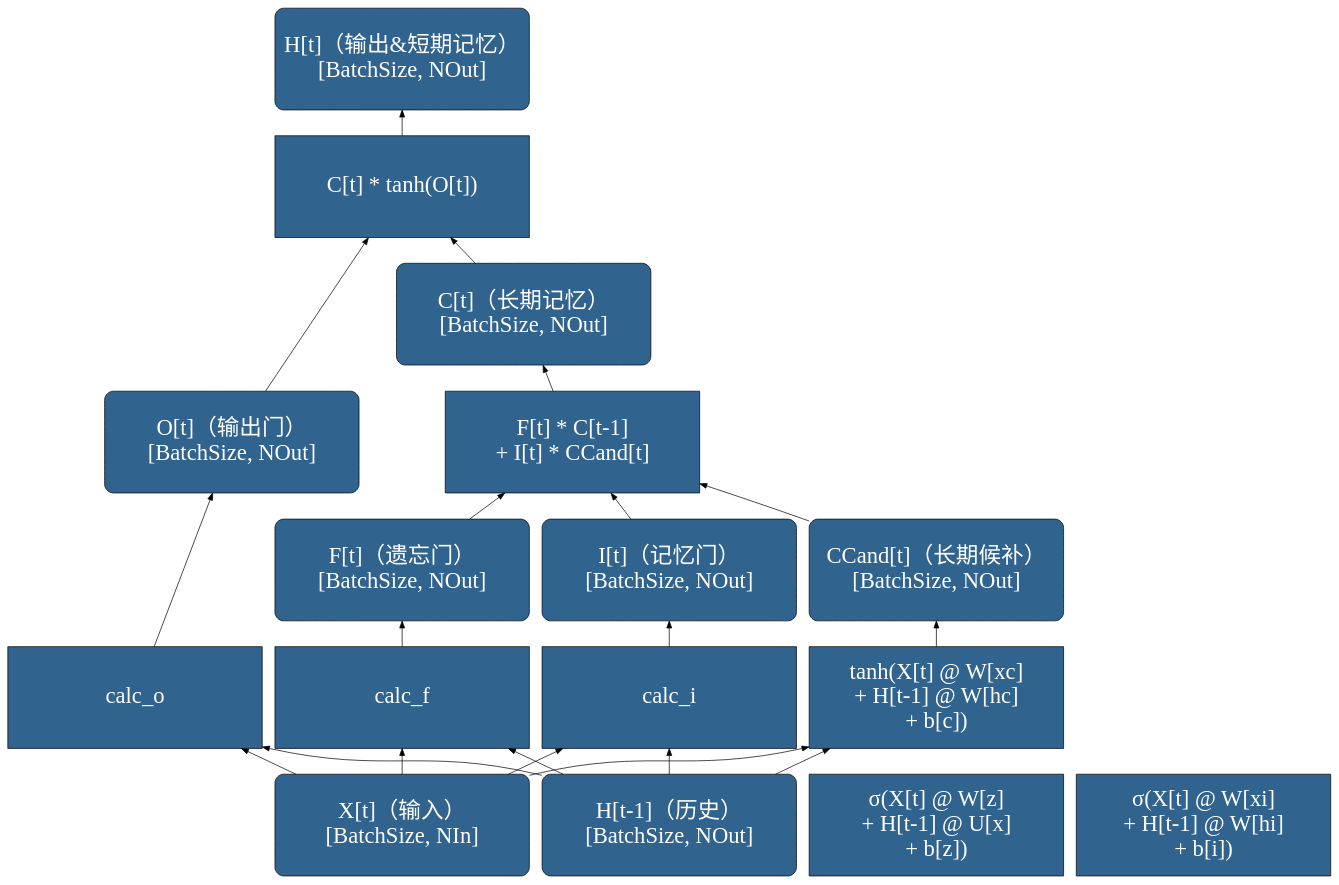
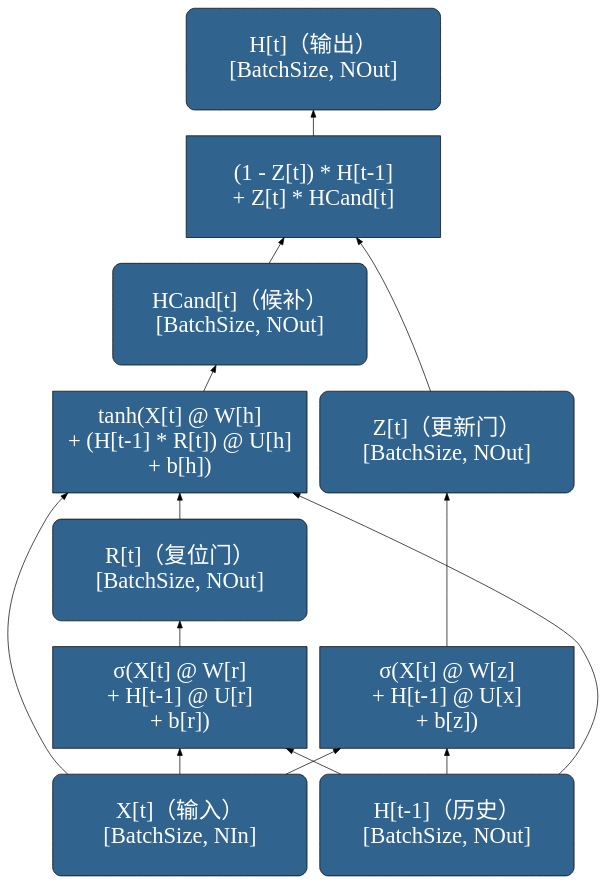
One commit to OpenDocCN/python-code-anls changed the diagram in docs/basic_dl_arch/5_5_gru_cell.dot. Above: the diagram before and after it, drawn with Graphviz.

Commit message:
2024-02-27 16:59:48

```diff
--- a/docs/basic_dl_arch/5_5_gru_cell.dot
+++ b/docs/basic_dl_arch/5_5_gru_cell.dot
@@ -1,53 +1,41 @@
 digraph LSTMCell {
 	rankdir=BT
     node [
 		style=filled, 
 		color=Black
 		fontcolor=White, 
 		fillcolor="#30638e", 
 		fontname="SimHei",
 		fontsize=32,
 		width=5, height=2,
 		shape="box",
 	]
 
     x [label="X[t]（输入）\n[BatchSize, NIn]", shape="Mrecord"]
     his_h [label="H[t-1]（历史）\n[BatchSize, NOut]", shape="Mrecord"]
     
     calc_z [label="σ(X[t] @ W[z]\n + H[t-1] @ U[x]\n + b[z])"]
-    calc_r [label="σ(X[t] @ W[xi]\n + H[t-1] @ W[hi]\n + b[i])"]
-    calc_c_cand [label="tanh(X[t] @ W[xc]\n + H[t-1] @ W[hc]\n + b[c])"]
+    calc_r [label="σ(X[t] @ W[r]\n + H[t-1] @ U[r]\n + b[r])"]
+    calc_h_cand [label="tanh(X[t] @ W[h]\n + (H[t-1] * R[t]) @ U[h]\n + b[h])"]
     
-    f   [label="F[t]（遗忘门）\n[BatchSize, NOut]", shape="Mrecord"]
-    i   [label="I[t]（记忆门）\n[BatchSize, NOut]", shape="Mrecord"]
-    c_cand   [label="CCand[t]（长期候补）\n[BatchSize, NOut]", shape="Mrecord"]
-    o   [label="O[t]（输出门）\n[BatchSize, NOut]", shape="Mrecord"]
+    z   [label="Z[t]（更新门）\n[BatchSize, NOut]", shape="Mrecord"]
+    r   [label="R[t]（复位门）\n[BatchSize, NOut]", shape="Mrecord"]
+    h_cand   [label="HCand[t]（候补）\n[BatchSize, NOut]", shape="Mrecord"]
 
-    calc_c [label="F[t] * C[t-1]\n + I[t] * CCand[t]"]
-    calc_h [label="C[t] * tanh(O[t])"]
+    calc_h [label="(1 - Z[t]) * H[t-1]\n + Z[t] * HCand[t]"]
 
-    h [label="H[t]（输出&短期记忆）\n[BatchSize, NOut]", shape="Mrecord"]
-    c [label="C[t]（长期记忆）\n[BatchSize, NOut]", shape="Mrecord"]
+    h [label="H[t]（输出）\n[BatchSize, NOut]", shape="Mrecord"]
 
-    x -> calc_f
-    x -> calc_i
-    x -> calc_c_cand
-    x -> calc_o
+    x -> calc_z
+    x -> calc_r
+    x -> calc_h_cand
 
-    his_h -> calc_f -> f
-    his_h -> calc_i -> i
-    his_h -> calc_c_cand -> c_cand
-    his_h -> calc_o -> o
+    his_h -> calc_z -> z
+    his_h -> calc_r -> r
+    his_h -> calc_h_cand
+    r -> calc_h_cand -> h_cand
 
-    f -> calc_c
-    i -> calc_c
-    c_cand -> calc_c
-
-    calc_c -> c
-
-    c -> calc_h
-    o -> calc_h
+    z -> calc_h
+    h_cand -> calc_h
     calc_h -> h
-
-
 }
```
